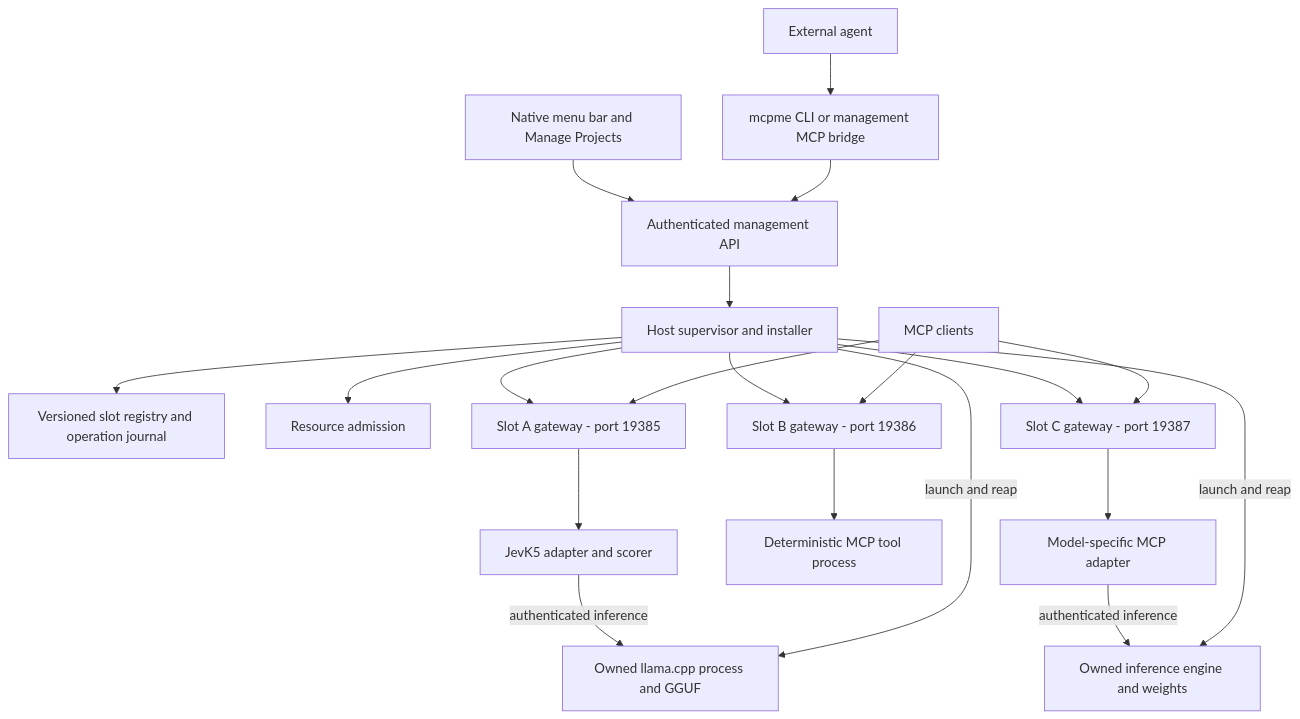
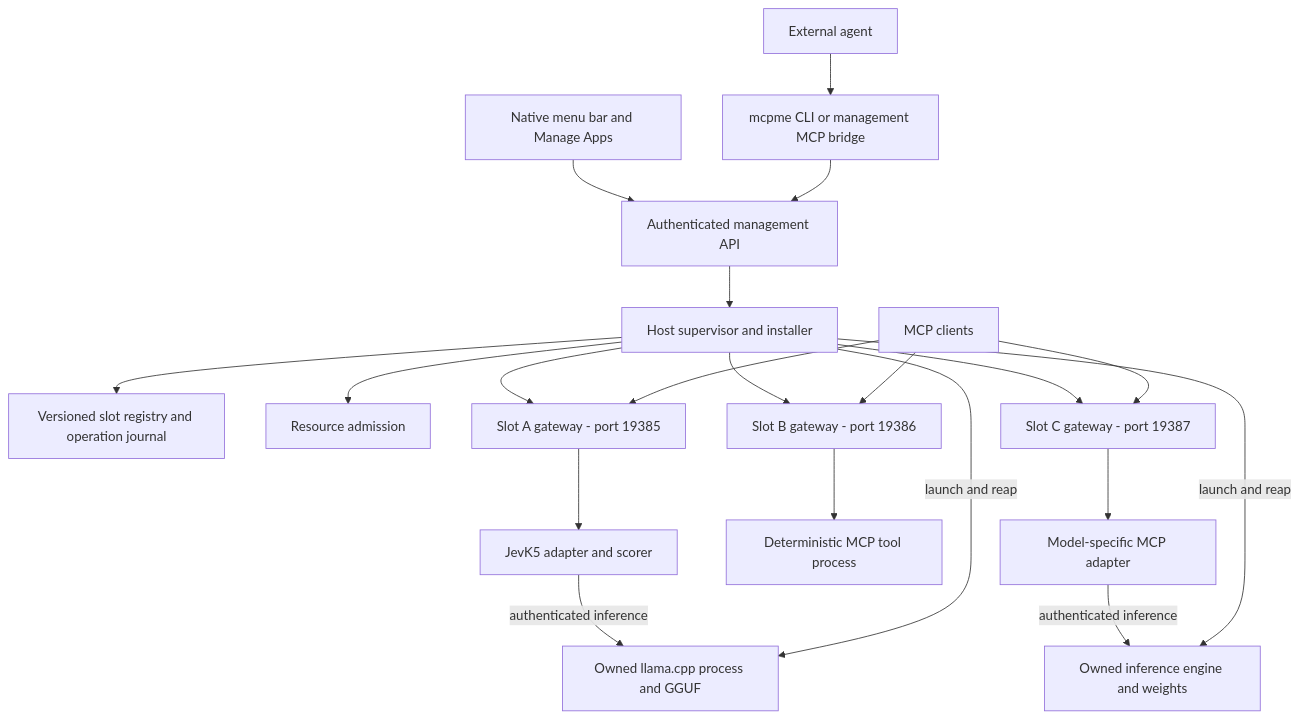
One commit to jshahbazi/meecp changed the first of 2 diagrams in docs/MCPME_DESIGN.md. Above: the diagram before and after it, drawn with Mermaid. The commit also changed other lines of this file and 16 other files, not shown here.

````diff
--- a/docs/MCPME_DESIGN.md
+++ b/docs/MCPME_DESIGN.md
@@ -55,22 +57,22 @@
 ```mermaid
 flowchart TB
-    UI[Native menu bar and Manage Projects] --> Control[Authenticated management API]
+    UI[Native menu bar and Manage Apps] --> Control[Authenticated management API]
     Agent[External agent] --> CLI[mcpme CLI or management MCP bridge]
     CLI --> Control
     Control --> Supervisor[Host supervisor and installer]
     Supervisor --> Registry[Versioned slot registry and operation journal]
     Supervisor --> Budget[Resource admission]
     Supervisor --> G1[Slot A gateway - port 19385]
     Supervisor --> G2[Slot B gateway - port 19386]
     Supervisor --> G3[Slot C gateway - port 19387]
     Clients[MCP clients] --> G1
     Clients --> G2
     Clients --> G3
     G1 --> Jev[JevK5 adapter and scorer]
     Jev -->|authenticated inference| Llama[Owned llama.cpp process and GGUF]
     Supervisor -->|launch and reap| Llama
     G2 --> Code[Deterministic MCP tool process]
     G3 --> Adapter[Model-specific MCP adapter]
     Adapter -->|authenticated inference| Engine[Owned inference engine and weights]
     Supervisor -->|launch and reap| Engine
 ```
````
